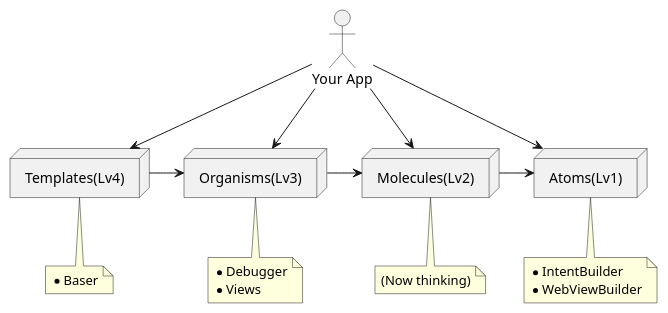
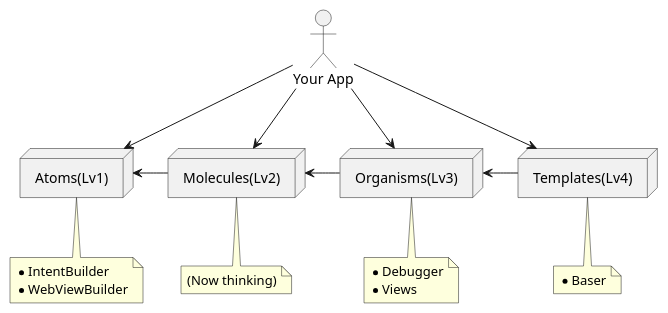
Before and after one commit to tshion/AndroidPreparation: the diagram in docs/ライブラリ構成.plantuml, drawn with PlantUML. The commit also changed 2 other files, not shown here.

```diff
--- a/docs/ライブラリ構成.plantuml
+++ b/docs/ライブラリ構成.plantuml
@@ -1,38 +1,38 @@
 @startuml ライブラリ構成
 
 actor "Your App" as apps
 
-node "Templates(Lv4)" as lv4
-note bottom of lv4
-    * Baser
+node "Atoms(Lv1)" as lv1
+note bottom of lv1
+    * IntentBuilder
+    * WebViewBuilder
+end note
+
+node "Molecules(Lv2)" as lv2
+note bottom of lv2
+    (Now thinking)
 end note
 
 node "Organisms(Lv3)" as lv3
 note bottom of lv3
     * Debugger
     * Views
 end note
 
-node "Molecules(Lv2)" as lv2
-note bottom of lv2
-    (Now thinking)
-end note
-
-node "Atoms(Lv1)" as lv1
-note bottom of lv1
-    * IntentBuilder
-    * WebViewBuilder
+node "Templates(Lv4)" as lv4
+note bottom of lv4
+    * Baser
 end note
 
 
 
-lv4 -> lv3
-lv3 -> lv2
-lv2 -> lv1
+lv3 <- lv4
+lv2 <- lv3
+lv1 <- lv2
 
 apps --> lv4
 apps --> lv3
 apps --> lv2
 apps --> lv1
 
 @enduml
```
